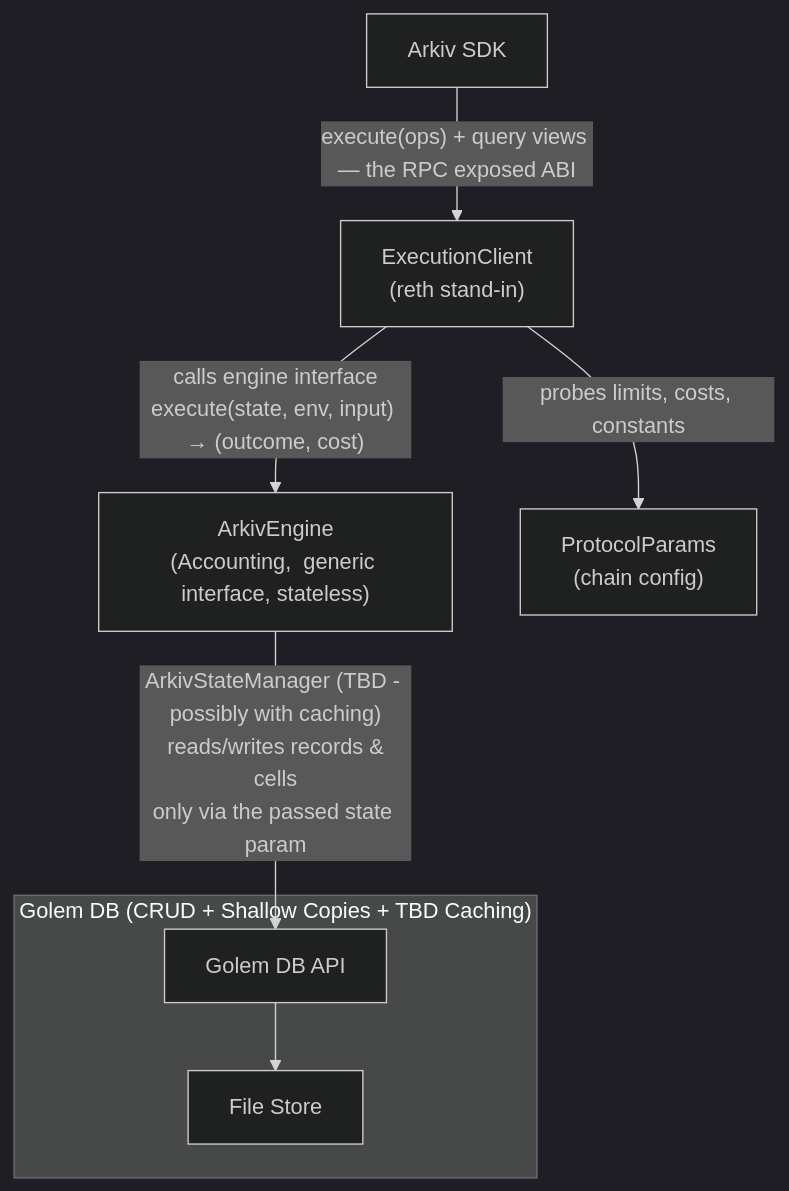
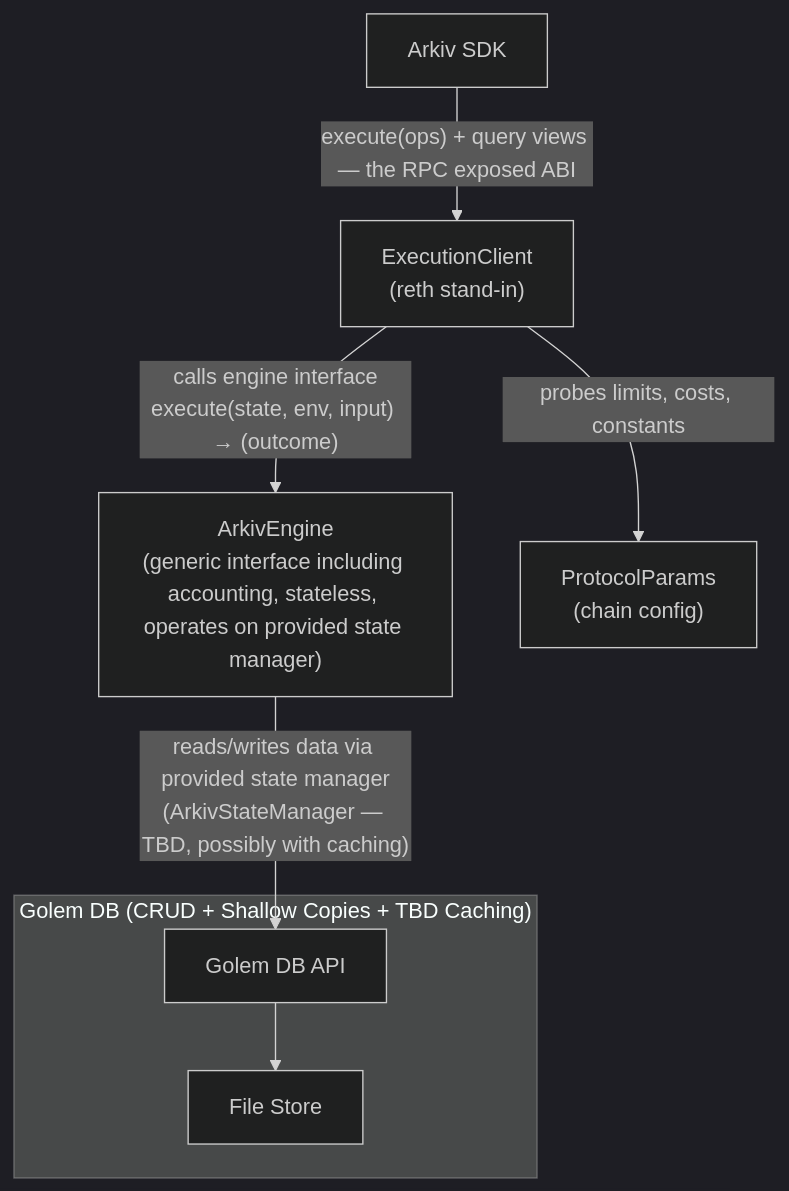
Before and after one commit to Arkiv-Network/arkiv-contracts: the diagram in docs/arkiv-engine.md, drawn with Mermaid (dark theme). The commit also changed other lines of this file and 9 other files, not shown here.

````diff
--- a/docs/arkiv-engine.md
+++ b/docs/arkiv-engine.md
@@ -5,18 +5,18 @@
 ```mermaid
 graph TD
     SDK["Arkiv SDK"]
     EC["ExecutionClient<br/>(reth stand-in)"]
-    AE["ArkivEngine<br/>(Accounting,  generic interface, stateless)"]
+    AE["ArkivEngine<br/>(generic interface including accounting, stateless, operates on provided state manager)"]
     PP["ProtocolParams<br/>(chain config)"]
 
     subgraph GD["Golem DB (CRUD + Shallow Copies + TBD Caching)"]
         RS["Golem DB API"]
         FS["File Store"]
         RS --> FS
     end
 
     SDK -->|"execute(ops) + query views — the RPC exposed ABI"| EC
     EC -->|"probes limits, costs, constants"| PP
-    EC -->|"calls engine interface<br/>execute(state, env, input) → (outcome, cost)"| AE
-    AE -->|"ArkivStateManager (TBD - possibly with caching)<br /> reads/writes records & cells<br/>only via the passed state param"| RS
+    EC -->|"calls engine interface<br/>execute(state, env, input) → (outcome)"| AE
+    AE -->|"reads/writes data via provided state manager<br/>(ArkivStateManager — TBD, possibly with caching)"| RS
 ```
````
